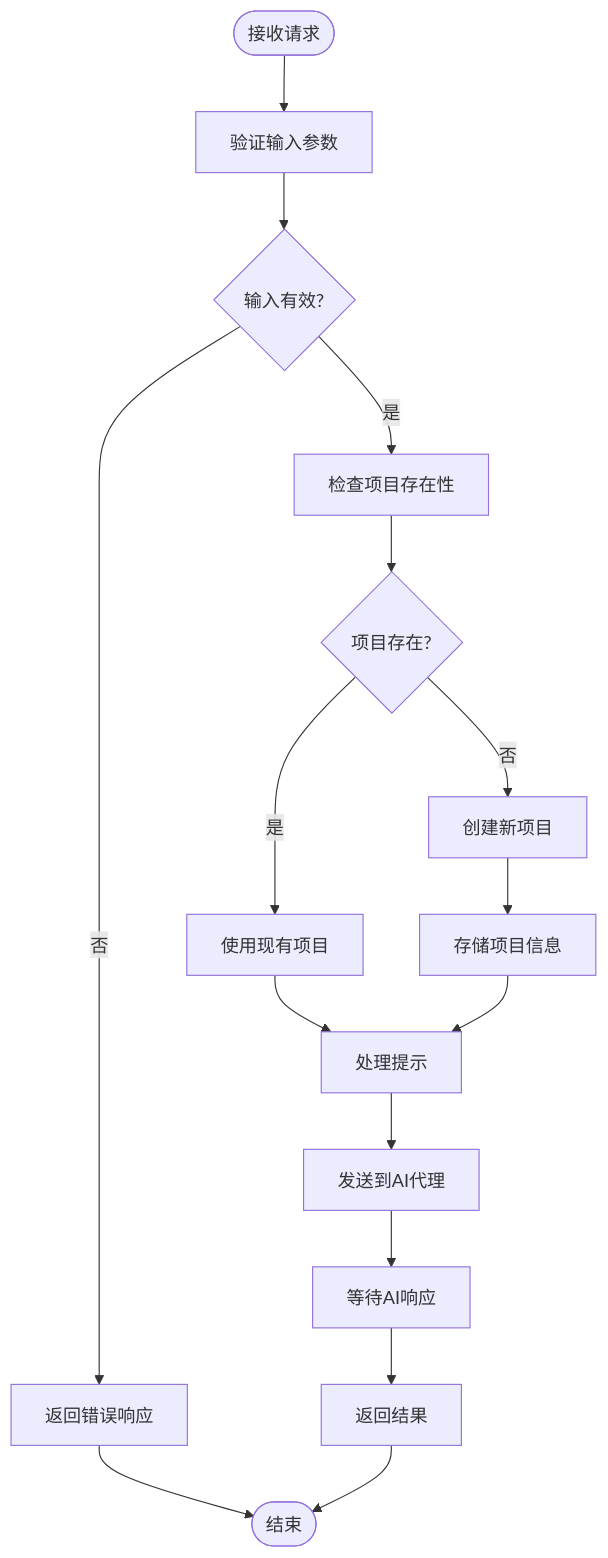
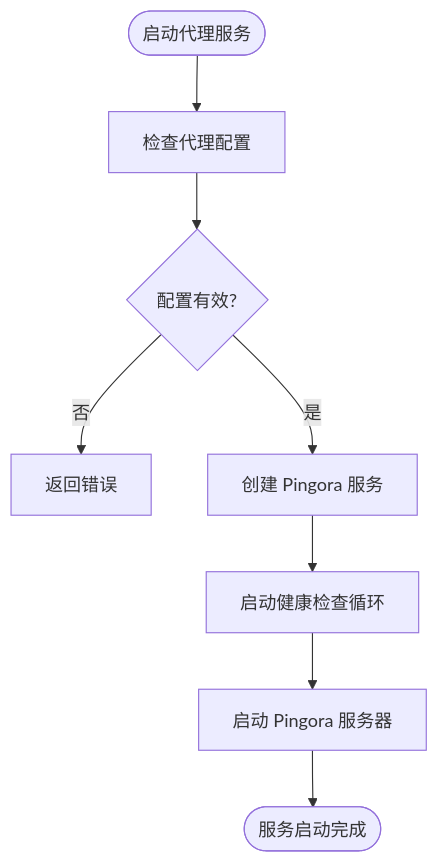
The fifth of 6 diagrams in .qoder/repowiki/zh/content/项目概述.md (nuwax-ai/rcoder), drawn with Mermaid before and after one commit. The commit also changed other lines of this file and 219 other files, not shown here.

````diff
--- a/.qoder/repowiki/zh/content/项目概述.md
+++ b/.qoder/repowiki/zh/content/项目概述.md
@@ -135,18 +143,10 @@
 ```mermaid
 flowchart TD
-Start([接收请求]) --> ValidateInput["验证输入参数"]
-ValidateInput --> InputValid{"输入有效?"}
-InputValid --> |否| ReturnError["返回错误响应"]
-InputValid --> |是| CheckProject["检查项目存在性"]
-CheckProject --> ProjectExists{"项目存在?"}
-ProjectExists --> |否| CreateProject["创建新项目"]
-ProjectExists --> |是| UseExisting["使用现有项目"]
-CreateProject --> StoreProject["存储项目信息"]
-UseExisting --> ProcessPrompt["处理提示"]
-StoreProject --> ProcessPrompt
-ProcessPrompt --> SendToAgent["发送到AI代理"]
-SendToAgent --> WaitForResponse["等待AI响应"]
-WaitForResponse --> ReturnResult["返回结果"]
-ReturnError --> End([结束])
-ReturnResult --> End
+Start([启动代理服务]) --> CheckConfig["检查代理配置"]
+CheckConfig --> ConfigValid{"配置有效?"}
+ConfigValid --> |否| ReturnError["返回错误"]
+ConfigValid --> |是| CreateService["创建 Pingora 服务"]
+CreateService --> StartHealthCheck["启动健康检查循环"]
+StartHealthCheck --> StartServer["启动 Pingora 服务器"]
+StartServer --> End([服务启动完成])
 ```
````
